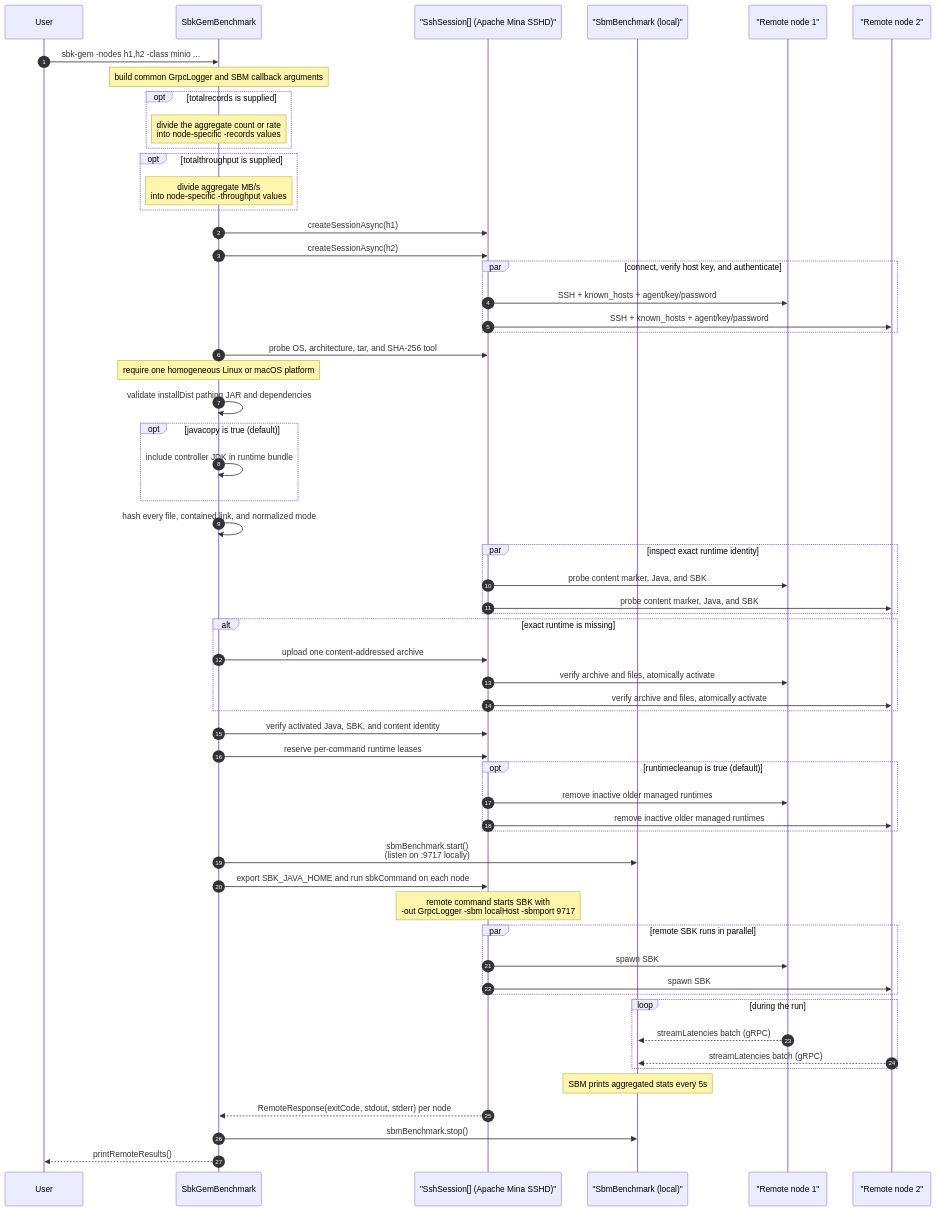
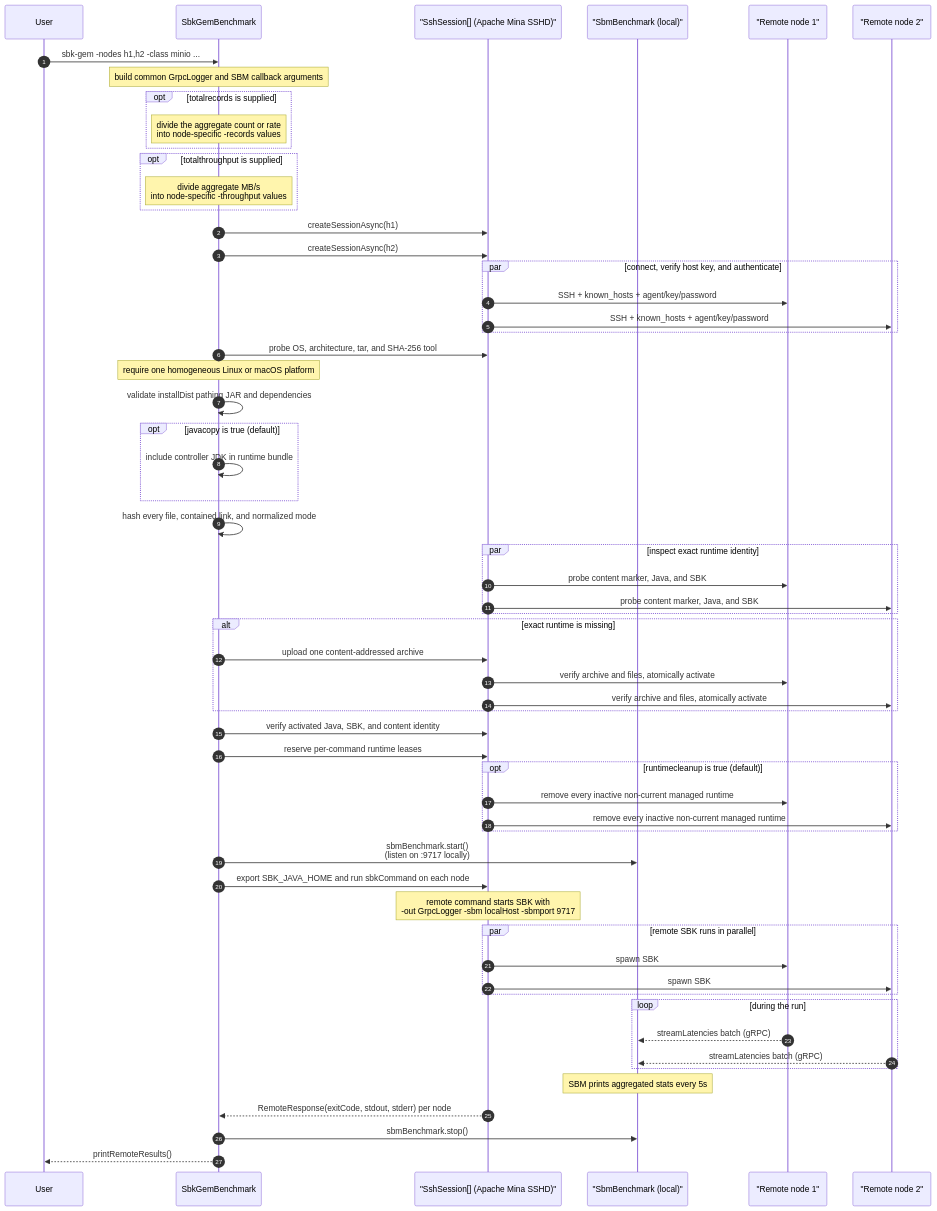
Before and after one commit to kmgowda/SBK: diagram 27 of 43 in docs/sbk-internals.md, drawn with Mermaid. The commit also changed other lines of this file and 16 other files, not shown here.

Commit message:
Enforce single managed SBK-GEM runtime

````diff
--- a/docs/sbk-internals.md
+++ b/docs/sbk-internals.md
@@ -1901,68 +1901,68 @@
 ```mermaid
 sequenceDiagram
     autonumber
     participant User
     participant GEM as SbkGemBenchmark
     participant SSH as "SshSession[] (Apache Mina SSHD)"
     participant SBM as "SbmBenchmark (local)"
     participant N1 as "Remote node 1"
     participant N2 as "Remote node 2"
 
     User->>GEM: sbk-gem -nodes h1,h2 -class minio ...
     Note over GEM: build common GrpcLogger and SBM callback arguments
     opt totalrecords is supplied
         Note over GEM: divide the aggregate count or rate<br/>into node-specific -records values
     end
     opt totalthroughput is supplied
         Note over GEM: divide aggregate MB/s<br/>into node-specific -throughput values
     end
     GEM->>SSH: createSessionAsync(h1)
     GEM->>SSH: createSessionAsync(h2)
     par connect, verify host key, and authenticate
         SSH->>N1: SSH + known_hosts + agent/key/password
         SSH->>N2: SSH + known_hosts + agent/key/password
     end
 
     GEM->>SSH: probe OS, architecture, tar, and SHA-256 tool
     Note over GEM: require one homogeneous Linux or macOS platform
     GEM->>GEM: validate installDist pathing JAR and dependencies
     opt javacopy is true (default)
         GEM->>GEM: include controller JDK in runtime bundle
     end
     GEM->>GEM: hash every file, contained link, and normalized mode
     par inspect exact runtime identity
         SSH->>N1: probe content marker, Java, and SBK
         SSH->>N2: probe content marker, Java, and SBK
     end
     alt exact runtime is missing
         GEM->>SSH: upload one content-addressed archive
         SSH->>N1: verify archive and files, atomically activate
         SSH->>N2: verify archive and files, atomically activate
     end
     GEM->>SSH: verify activated Java, SBK, and content identity
     GEM->>SSH: reserve per-command runtime leases
     opt runtimecleanup is true (default)
-        SSH->>N1: remove inactive older managed runtimes
-        SSH->>N2: remove inactive older managed runtimes
+        SSH->>N1: remove every inactive non-current managed runtime
+        SSH->>N2: remove every inactive non-current managed runtime
     end
 
     GEM->>SBM: sbmBenchmark.start()<br/>(listen on :9717 locally)
     GEM->>SSH: export SBK_JAVA_HOME and run sbkCommand on each node
     Note over SSH: remote command starts SBK with<br/>-out GrpcLogger -sbm localHost -sbmport 9717
 
     par remote SBK runs in parallel
         SSH->>N1: spawn SBK
         SSH->>N2: spawn SBK
     end
 
     loop during the run
         N1-->>SBM: streamLatencies batch (gRPC)
         N2-->>SBM: streamLatencies batch (gRPC)
     end
 
     Note over SBM: SBM prints aggregated stats every 5s
 
     SSH-->>GEM: RemoteResponse(exitCode, stdout, stderr) per node
     GEM->>SBM: sbmBenchmark.stop()
 GEM-->>User: printRemoteResults()
 ```
````
